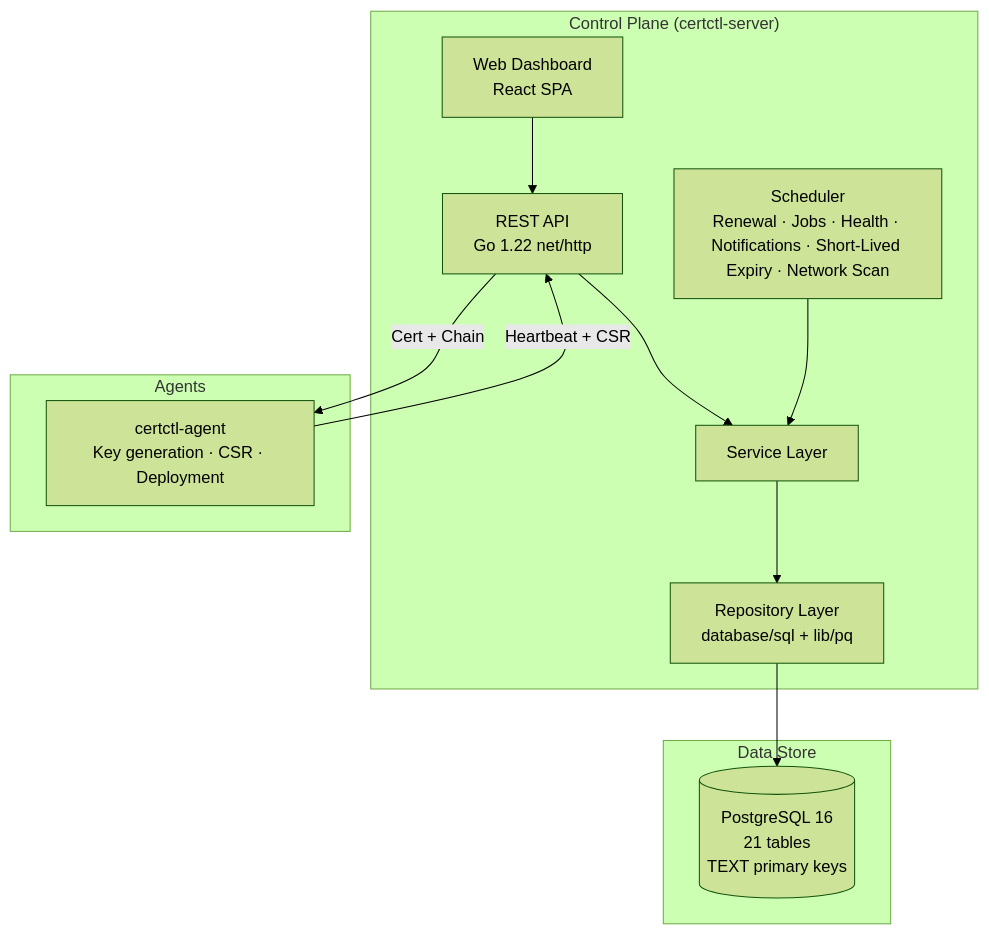
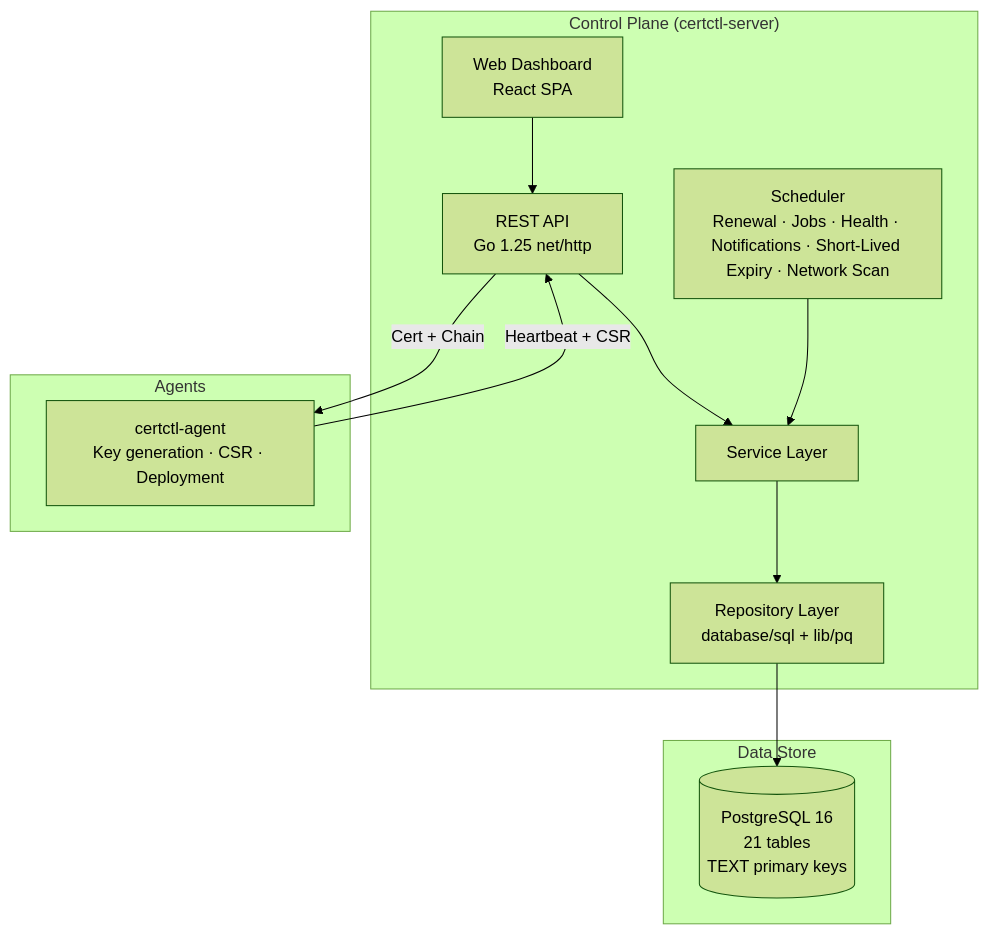
The second of 2 diagrams in README.md (certctl-io/certctl), drawn with Mermaid (forest theme) before and after one commit. The commit also changed other lines of this file and 9 other files, not shown here.

````diff
--- a/README.md
+++ b/README.md
@@ -110,24 +151,24 @@
 ```mermaid
 flowchart TB
     subgraph "Control Plane (certctl-server)"
         DASH["Web Dashboard\nReact SPA"]
-        API["REST API\nGo 1.22 net/http"]
+        API["REST API\nGo 1.25 net/http"]
         SVC["Service Layer"]
         REPO["Repository Layer\ndatabase/sql + lib/pq"]
         SCHED["Scheduler\nRenewal · Jobs · Health · Notifications · Short-Lived Expiry · Network Scan"]
     end
 
     subgraph "Data Store"
         PG[("PostgreSQL 16\n21 tables\nTEXT primary keys")]
     end
 
     subgraph "Agents"
         AG["certctl-agent\nKey generation · CSR · Deployment"]
     end
 
     DASH --> API
     API --> SVC --> REPO --> PG
     SCHED --> SVC
     AG -->|"Heartbeat + CSR"| API
     API -->|"Cert + Chain"| AG
 ```
````
